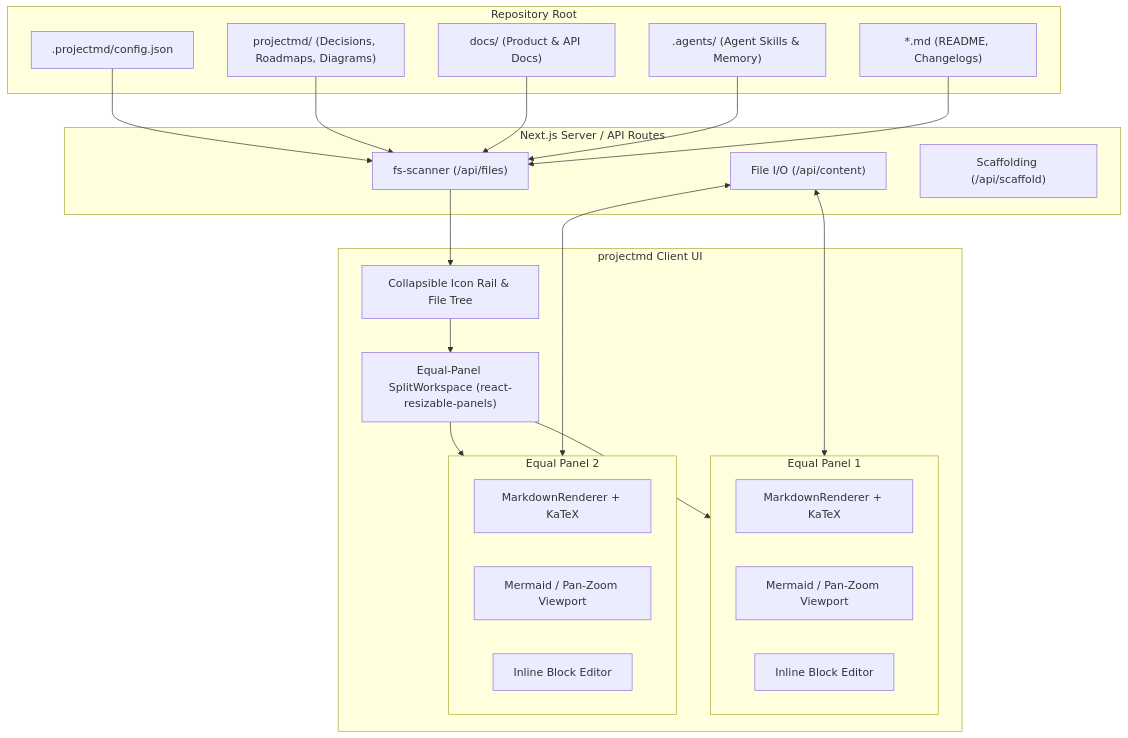
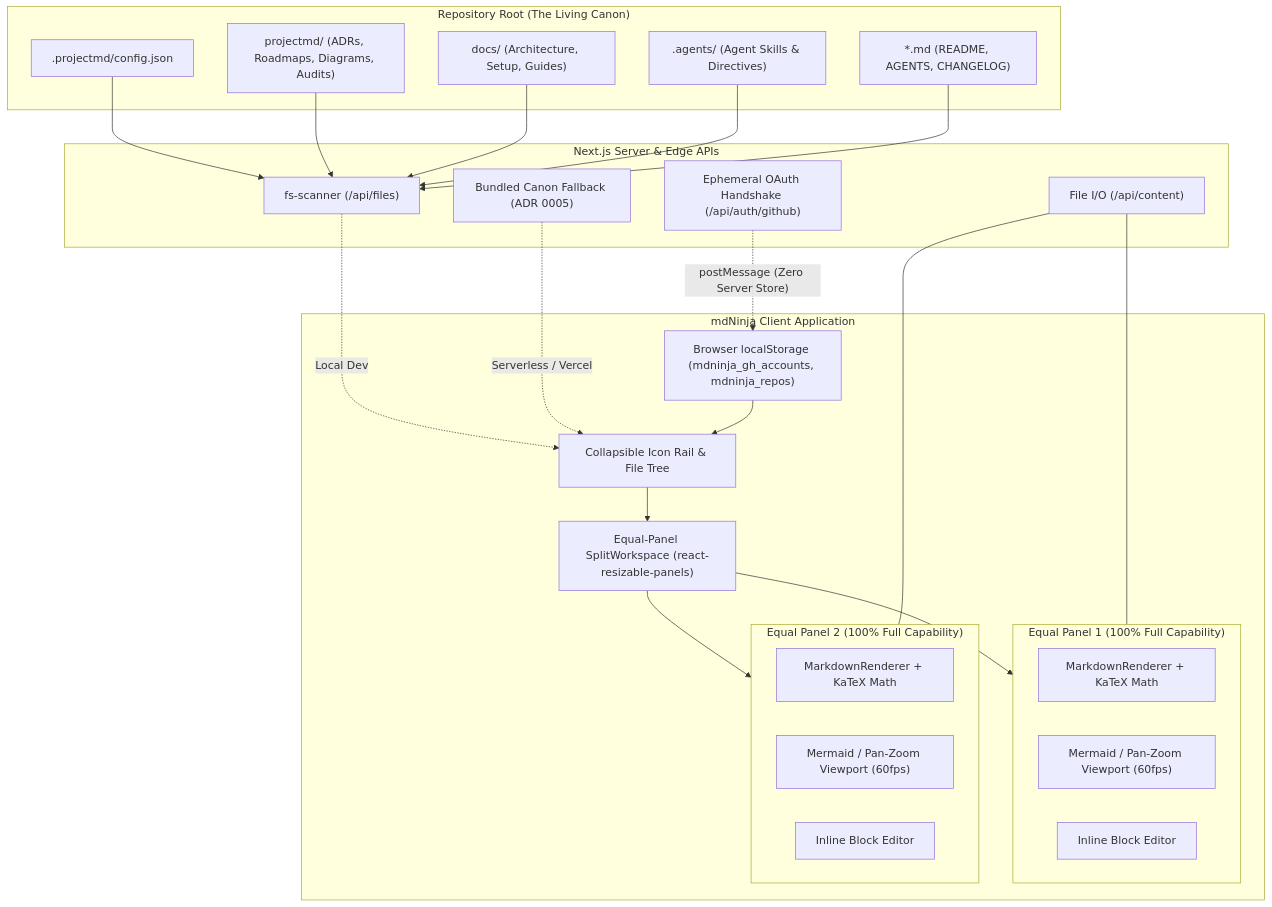
One commit to jamesnavinhill/mdNinja changed the first of 2 diagrams in projectmd/diagrams/architecture.md. Above: the diagram before and after it, drawn with Mermaid. The commit also changed other lines of this file and 19 other files, not shown here.

Commit message:
feat: implement core workbench architecture with dual-panel editing, real-time filesystem persistence, and project documentation scaffolding.

````diff
--- a/projectmd/diagrams/architecture.md
+++ b/projectmd/diagrams/architecture.md
@@ -1,47 +3,55 @@
 ```mermaid
 graph TD
-    subgraph RepoRoot ["Repository Root"]
+    subgraph RepoRoot ["Repository Root (The Living Canon)"]
         Config[".projectmd/config.json"]
-        Canon["projectmd/ (Decisions, Roadmaps, Diagrams)"]
-        Docs["docs/ (Product & API Docs)"]
-        Agents[".agents/ (Agent Skills & Memory)"]
-        RootFiles["*.md (README, Changelogs)"]
+        Canon["projectmd/ (ADRs, Roadmaps, Diagrams, Audits)"]
+        Docs["docs/ (Architecture, Setup, Guides)"]
+        Agents[".agents/ (Agent Skills & Directives)"]
+        RootFiles["*.md (README, AGENTS, CHANGELOG)"]
     end
 
-    subgraph CoreBackend ["Next.js Server / API Routes"]
+    subgraph CoreBackend ["Next.js Server & Edge APIs"]
         Scanner["fs-scanner (/api/files)"]
+        BundledFallback["Bundled Canon Fallback (ADR 0005)"]
         IO["File I/O (/api/content)"]
-        ScaffoldAPI["Scaffolding (/api/scaffold)"]
+        OAuth["Ephemeral OAuth Handshake (/api/auth/github)"]
     end
 
-    subgraph Frontend ["projectmd Client UI"]
+    subgraph Frontend ["mdNinja Client Application"]
         Sidebar["Collapsible Icon Rail & File Tree"]
         Splitter["Equal-Panel SplitWorkspace (react-resizable-panels)"]
         
-        subgraph Panel1 ["Equal Panel 1"]
-            Renderer1["MarkdownRenderer + KaTeX"]
-            Diagram1["Mermaid / Pan-Zoom Viewport"]
+        subgraph Panel1 ["Equal Panel 1 (100% Full Capability)"]
+            Renderer1["MarkdownRenderer + KaTeX Math"]
+            Diagram1["Mermaid / Pan-Zoom Viewport (60fps)"]
             Editor1["Inline Block Editor"]
         end
 
-        subgraph Panel2 ["Equal Panel 2"]
-            Renderer2["MarkdownRenderer + KaTeX"]
-            Diagram2["Mermaid / Pan-Zoom Viewport"]
+        subgraph Panel2 ["Equal Panel 2 (100% Full Capability)"]
+            Renderer2["MarkdownRenderer + KaTeX Math"]
+            Diagram2["Mermaid / Pan-Zoom Viewport (60fps)"]
             Editor2["Inline Block Editor"]
         end
+
+        LocalStorage["Browser localStorage (mdninja_gh_accounts, mdninja_repos)"]
     end
 
     Config --> Scanner
     Canon --> Scanner
     Docs --> Scanner
     Agents --> Scanner
     RootFiles --> Scanner
 
-    Scanner --> Sidebar
+    Scanner -.->|Local Dev| Sidebar
+    BundledFallback -.->|Serverless / Vercel| Sidebar
+
     Sidebar --> Splitter
     Splitter --> Panel1
     Splitter --> Panel2
 
-    IO <--> Panel1
-    IO <--> Panel2
+    IO --- Panel1
+    IO --- Panel2
+
+    OAuth -.->|"postMessage (Zero Server Store)"| LocalStorage
+    LocalStorage --> Sidebar
 ```
````
